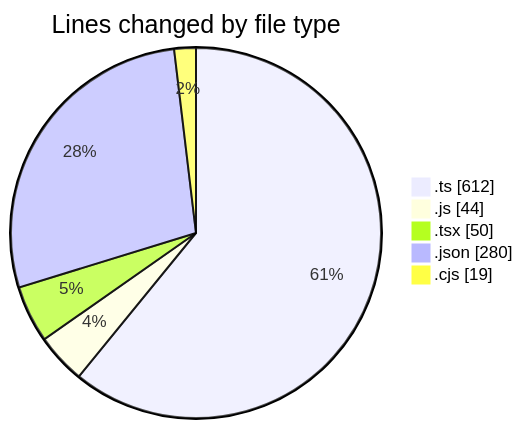
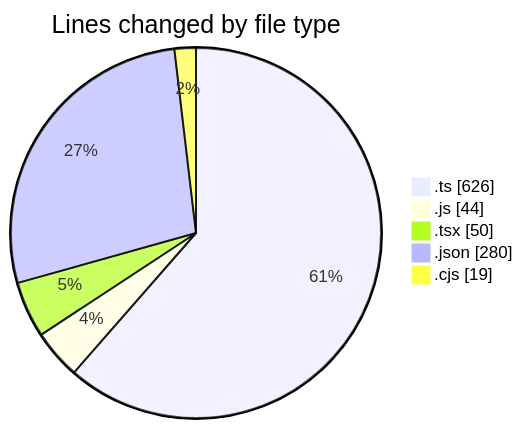
Before and after one commit to momahboobian/code-tracking: the first of 2 diagrams in 2026-08-03/cda/README.md, drawn with Mermaid. The commit also changed other lines of this file and 1 other file, not shown here.

````diff
--- a/2026-08-03/cda/README.md
+++ b/2026-08-03/cda/README.md
@@ -32,9 +32,9 @@
 ```mermaid
 pie showData
 title Lines changed by file type
-".ts" : 612
+".ts" : 626
 ".js" : 44
 ".tsx" : 50
 ".json" : 280
 ".cjs" : 19
 ```
````
